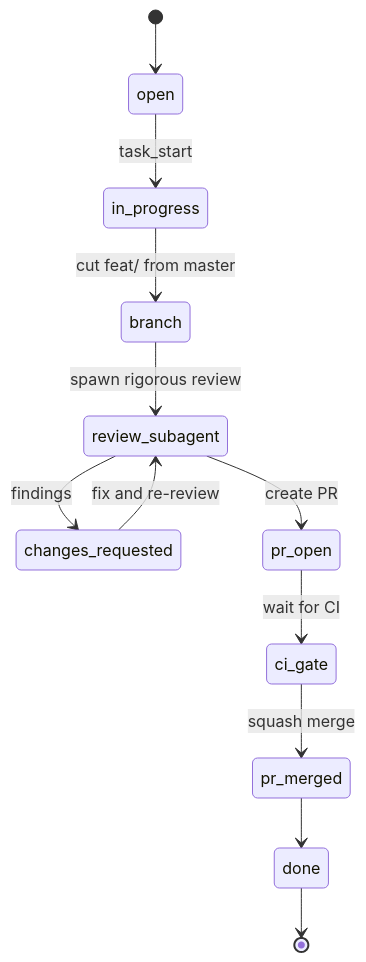
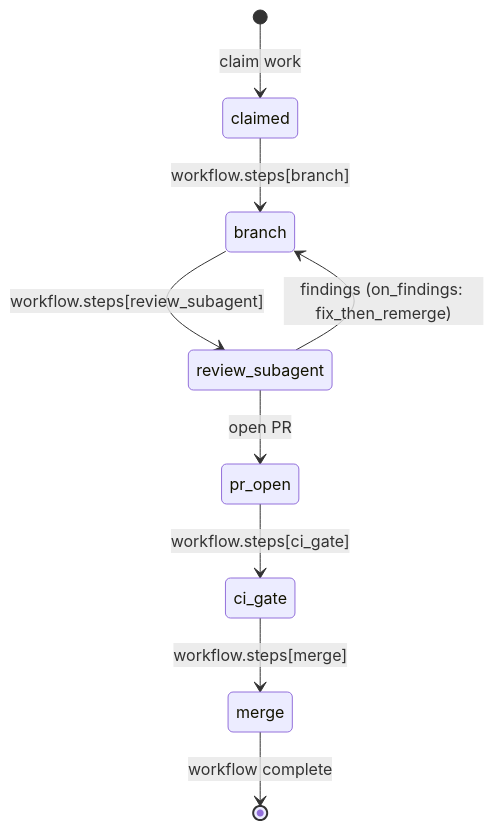
Before and after one commit to LanNguyenSi/harness: the first of 2 diagrams in docs/for-agents.md, drawn with Mermaid. The commit also changed other lines of this file and 2 other files, not shown here.

First line of the commit message:
docs: decouple workflow diagram from agent-tasks MCP, add README control loop

````diff
--- a/docs/for-agents.md
+++ b/docs/for-agents.md
@@ -32,14 +34,11 @@
 ```mermaid
 stateDiagram-v2
-    [*] --> open
-    open --> in_progress: task_start
-    in_progress --> branch: cut feat/<task> from master
-    branch --> review_subagent: spawn rigorous review
-    review_subagent --> changes_requested: findings
-    changes_requested --> review_subagent: fix and re-review
-    review_subagent --> pr_open: create PR
-    pr_open --> ci_gate: wait for CI
-    ci_gate --> pr_merged: squash merge
-    pr_merged --> done
-    done --> [*]
+    [*] --> claimed: claim work
+    claimed --> branch: workflow.steps[branch]
+    branch --> review_subagent: workflow.steps[review_subagent]
+    review_subagent --> branch: findings (on_findings: fix_then_remerge)
+    review_subagent --> pr_open: open PR
+    pr_open --> ci_gate: workflow.steps[ci_gate]
+    ci_gate --> merge: workflow.steps[merge]
+    merge --> [*]: workflow complete
 ```
````
